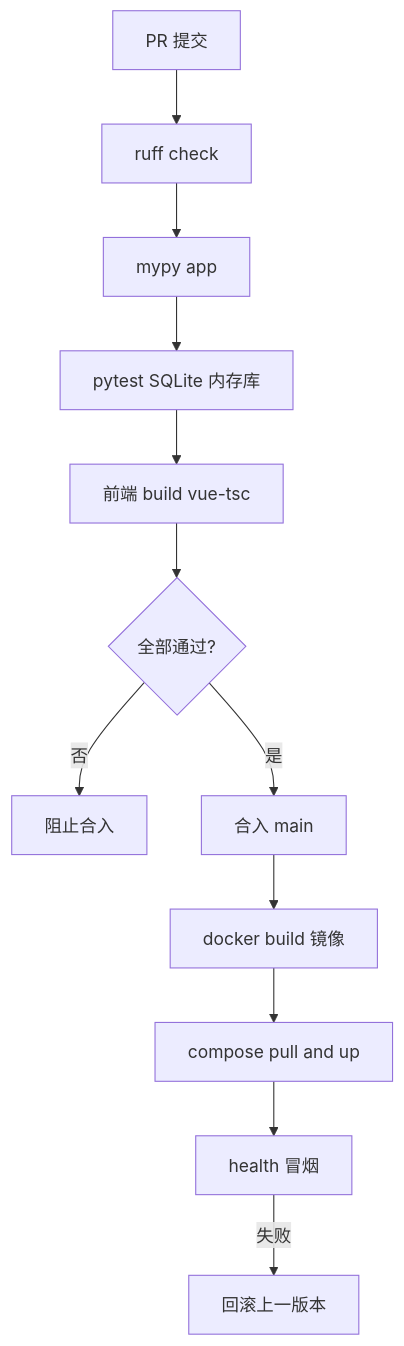
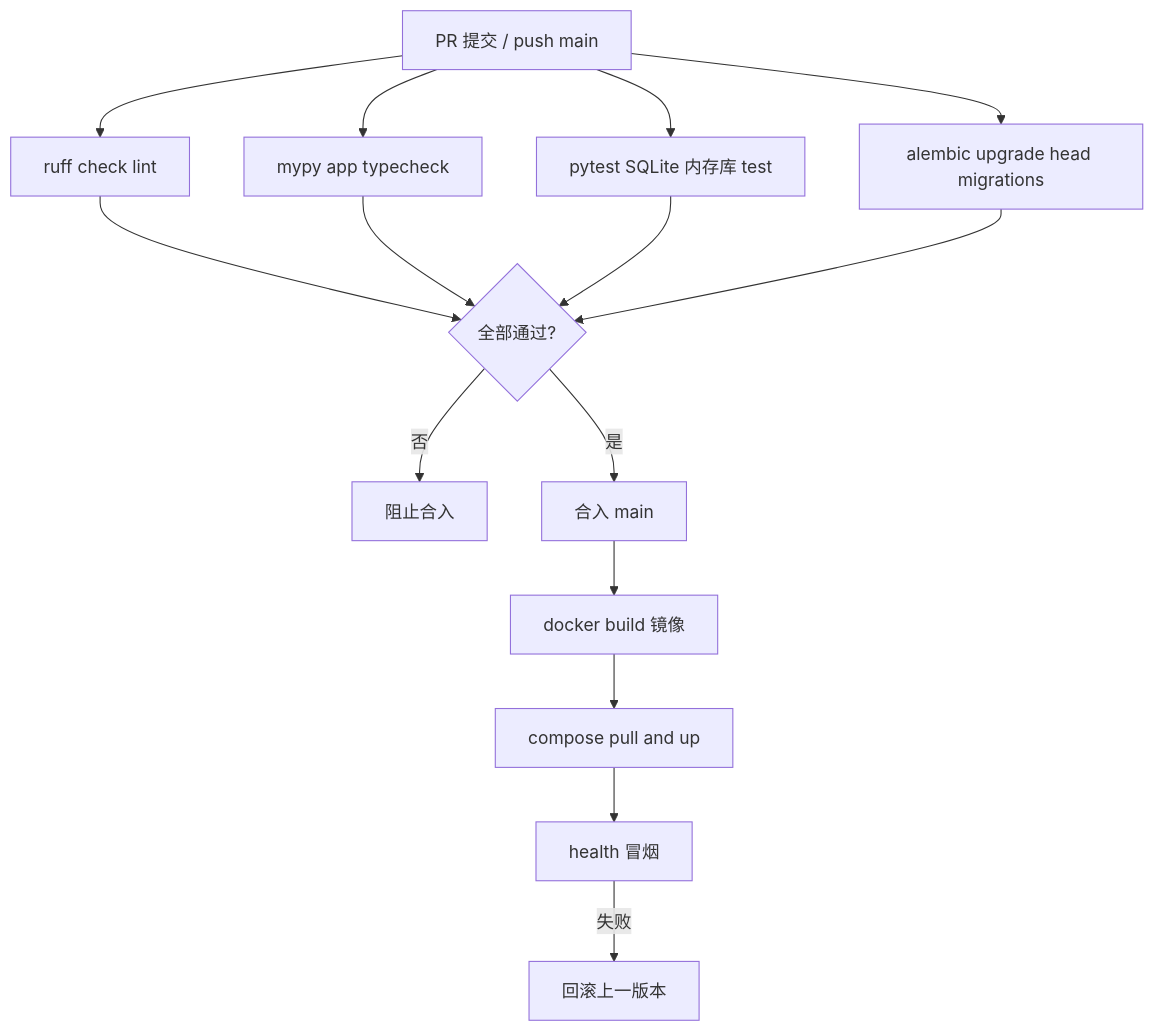
One commit to renyishu53/Sole-Cuisine changed the seventh of 11 diagrams in SoloChef 项目分析报告.md. Above: the diagram before and after it, drawn with Mermaid. The commit also changed other lines of this file, not shown here.

````diff
--- a/SoloChef 项目分析报告.md
+++ b/SoloChef 项目分析报告.md
@@ -386,14 +387,17 @@
 ```mermaid
 flowchart TD
-    A[PR 提交] --> B[ruff check]
-    B --> C[mypy app]
-    C --> D[pytest SQLite 内存库]
-    D --> E[前端 build vue-tsc]
-    E --> F{全部通过?}
+    A[PR 提交 / push main] --> B[ruff check lint]
+    A --> C[mypy app typecheck]
+    A --> D[pytest SQLite 内存库 test]
+    A --> E[alembic upgrade head migrations]
+    B --> F{全部通过?}
+    C --> F
+    D --> F
+    E --> F
     F -- 否 --> G[阻止合入]
     F -- 是 --> H[合入 main]
     H --> I[docker build 镜像]
     I --> J[compose pull and up]
     J --> K[health 冒烟]
     K -- 失败 --> L[回滚上一版本]
 ```
````
